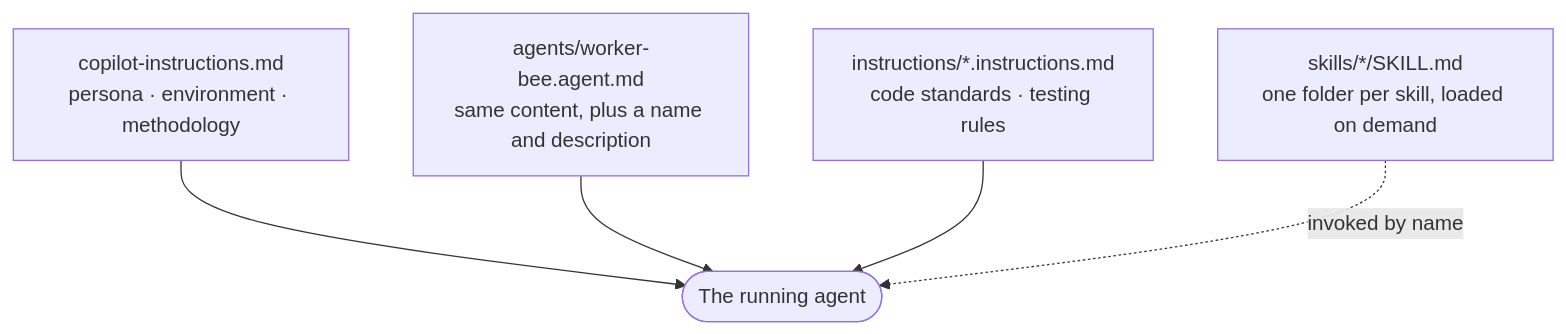
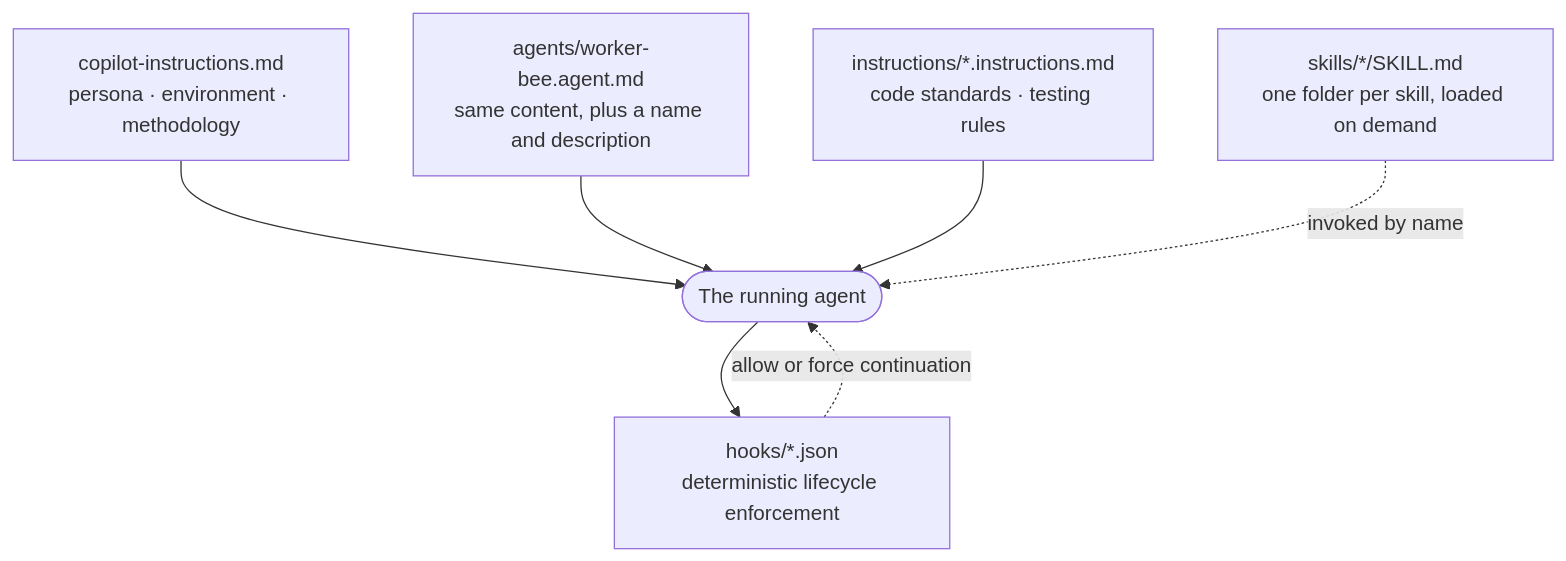
One commit to cybersemics/em changed the first of 2 diagrams in docs/agents/readme.md. Above: the diagram before and after it, drawn with Mermaid. The commit also changed other lines of this file and 11 other files, not shown here.

````diff
--- a/docs/agents/readme.md
+++ b/docs/agents/readme.md
@@ -31,18 +32,22 @@
 ```mermaid
 flowchart TD
     CI["copilot-instructions.md<br/>persona · environment · methodology"]
     WB["agents/worker-bee.agent.md<br/>same content, plus a name and description"]
     INS["instructions/*.instructions.md<br/>code standards · testing rules"]
     SK["skills/*/SKILL.md<br/>one folder per skill, loaded on demand"]
+    HK["hooks/*.json<br/>deterministic lifecycle enforcement"]
     RUN(["The running agent"])
 
     CI --> RUN
     WB --> RUN
     INS --> RUN
     SK -.invoked by name.-> RUN
+    RUN --> HK
+    HK -.allow or force continuation.-> RUN
 
     click CI "https://github.com/cybersemics/em/blob/HEAD/.github/copilot-instructions.md" "Open copilot-instructions.md"
     click WB "https://github.com/cybersemics/em/blob/HEAD/.github/agents/worker-bee.agent.md" "Open worker-bee.agent.md"
     click INS "https://github.com/cybersemics/em/tree/HEAD/.github/instructions" "Open the instructions folder"
     click SK "https://github.com/cybersemics/em/blob/HEAD/docs/agents/skills.md" "Every skill, and how they call each other"
+    click HK "https://github.com/cybersemics/em/tree/HEAD/.github/hooks" "Deterministic agent hooks"
 ```
````
